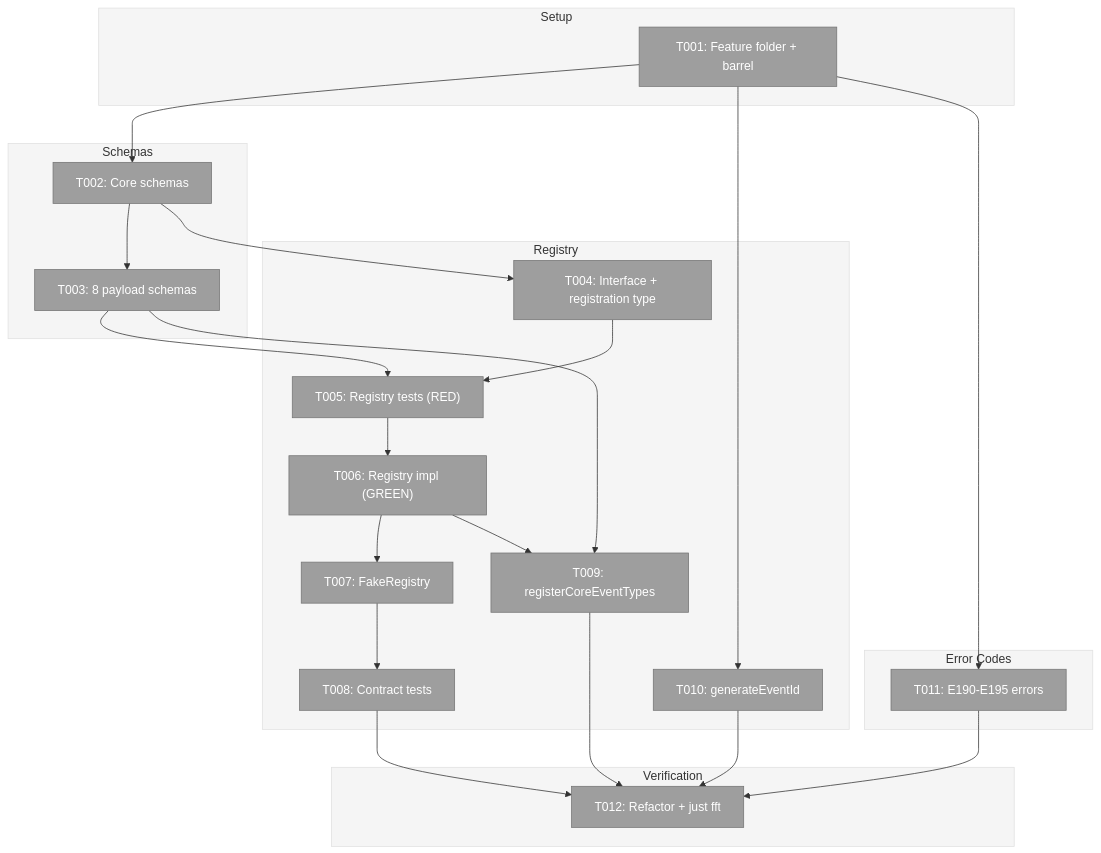
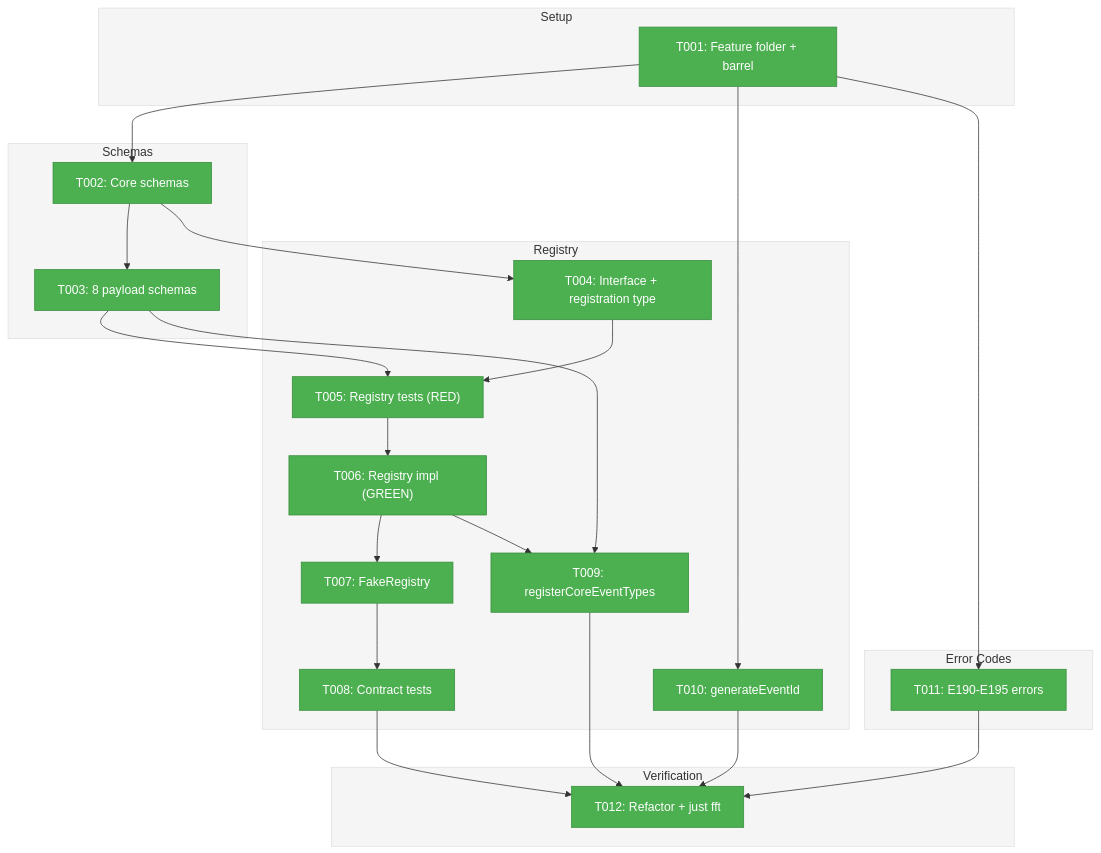
Before and after one commit to AI-Substrate/chainglass: the first of 3 diagrams in docs/plans/032-node-event-system/tasks/phase-1-event-types-schemas-and-registry/tasks.md, drawn with Mermaid. The commit also changed other lines of this file and 23 other files, not shown here.

First line of the commit message:
feat(032): Node Event System Phase 1 — event types, schemas, and registry

````diff
--- a/docs/plans/032-node-event-system/tasks/phase-1-event-types-schemas-and-registry/tasks.md
+++ b/docs/plans/032-node-event-system/tasks/phase-1-event-types-schemas-and-registry/tasks.md
@@ -156,57 +157,57 @@
 ```mermaid
 flowchart TD
     classDef pending fill:#9E9E9E,stroke:#757575,color:#fff
     classDef inprogress fill:#FF9800,stroke:#F57C00,color:#fff
     classDef completed fill:#4CAF50,stroke:#388E3C,color:#fff
     classDef blocked fill:#F44336,stroke:#D32F2F,color:#fff
 
     style Setup fill:#F5F5F5,stroke:#E0E0E0
     style Schemas fill:#F5F5F5,stroke:#E0E0E0
     style Registry fill:#F5F5F5,stroke:#E0E0E0
     style Errors fill:#F5F5F5,stroke:#E0E0E0
     style Tests fill:#F5F5F5,stroke:#E0E0E0
 
     subgraph Setup["Setup"]
-        T001["T001: Feature folder + barrel"]:::pending
+        T001["T001: Feature folder + barrel"]:::completed
     end
 
     subgraph Schemas["Schemas"]
-        T002["T002: Core schemas"]:::pending
-        T003["T003: 8 payload schemas"]:::pending
+        T002["T002: Core schemas"]:::completed
+        T003["T003: 8 payload schemas"]:::completed
     end
 
     subgraph Registry["Registry"]
-        T004["T004: Interface + registration type"]:::pending
-        T005["T005: Registry tests (RED)"]:::pending
-        T006["T006: Registry impl (GREEN)"]:::pending
-        T007["T007: FakeRegistry"]:::pending
-        T008["T008: Contract tests"]:::pending
-        T009["T009: registerCoreEventTypes"]:::pending
-        T010["T010: generateEventId"]:::pending
+        T004["T004: Interface + registration type"]:::completed
+        T005["T005: Registry tests (RED)"]:::completed
+        T006["T006: Registry impl (GREEN)"]:::completed
+        T007["T007: FakeRegistry"]:::completed
+        T008["T008: Contract tests"]:::completed
+        T009["T009: registerCoreEventTypes"]:::completed
+        T010["T010: generateEventId"]:::completed
     end
 
     subgraph Errors["Error Codes"]
-        T011["T011: E190-E195 errors"]:::pending
+        T011["T011: E190-E195 errors"]:::completed
     end
 
     subgraph Tests["Verification"]
-        T012["T012: Refactor + just fft"]:::pending
+        T012["T012: Refactor + just fft"]:::completed
     end
 
     T001 --> T002
     T002 --> T003
     T002 --> T004
     T003 --> T005
     T004 --> T005
     T005 --> T006
     T006 --> T007
     T007 --> T008
     T003 --> T009
     T006 --> T009
     T001 --> T010
     T001 --> T011
     T008 --> T012
     T009 --> T012
     T010 --> T012
     T011 --> T012
 ```
````
